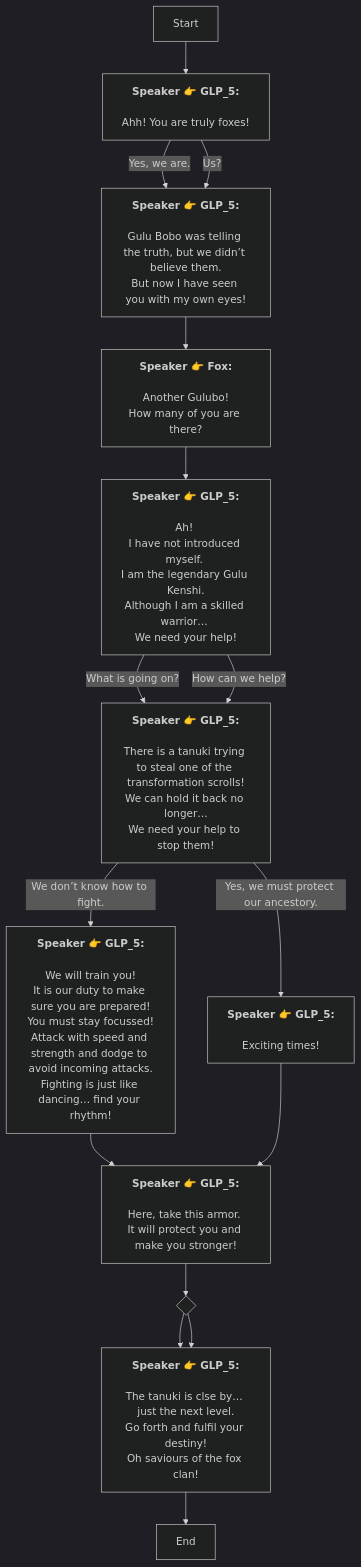
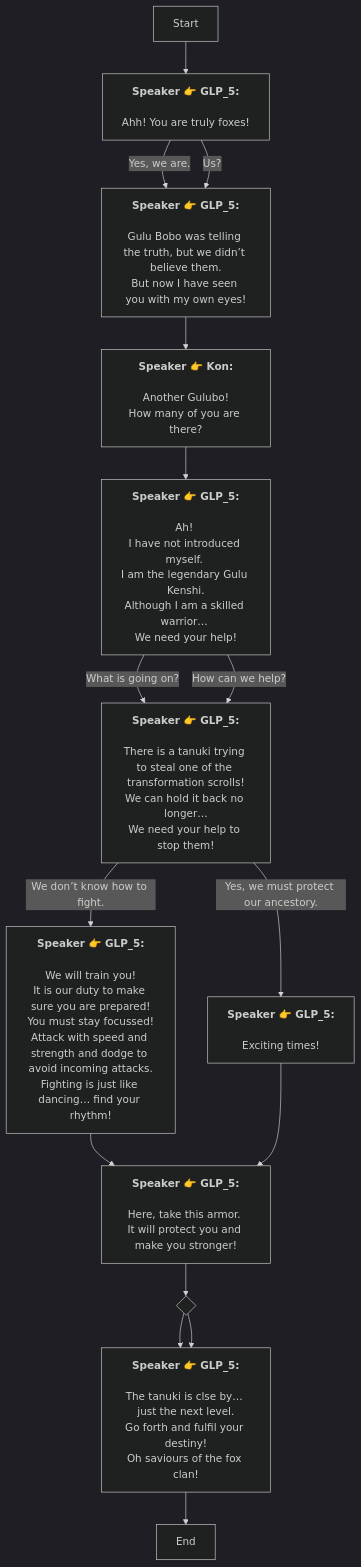
One commit to SoftHu/tos_avg changed the diagram in En/QuestStartTalkENode_1777653887115903.md. Above: the diagram before and after it, drawn with Mermaid (dark theme). The commit also changed 730 other files, not shown here.

````diff
--- a/En/QuestStartTalkENode_1777653887115903.md
+++ b/En/QuestStartTalkENode_1777653887115903.md
@@ -1,49 +1,49 @@
 ```mermaid
 graph
 Start -->1777654113924738[<b>Speaker 👉 GLP_5:</b>
 \nAhh! You are truly foxes!]
 1777654113924738 -->|Yes, we are.|1777654154437256[<b>Speaker 👉 GLP_5:</b>
 \nGulu Bobo was telling the truth, but we didn’t believe them.
 But now I have seen you with my own eyes!]
 1777654113924738 -->|Us?|1777654154437256[<b>Speaker 👉 GLP_5:</b>
 \nGulu Bobo was telling the truth, but we didn’t believe them.
 But now I have seen you with my own eyes!]
-1777654154437256 -->1777998303974052[<b>Speaker 👉 Fox:</b>
+1777654154437256 -->1777998303974052[<b>Speaker 👉 Kon:</b>
 \nAnother Gulubo!
 How many of you are there?]
 1777998303974052 -->1777998323519141[<b>Speaker 👉 GLP_5:</b>
 \nAh! 
 I have not introduced myself. 
 I am the legendary Gulu Kenshi.\nAlthough I am a skilled warrior… 
 We need your help!]
 1777998323519141 -->|What is going on?|1777654614934161[<b>Speaker 👉 GLP_5:</b>
 \nThere is a tanuki trying to steal one of the transformation scrolls!
 We can hold it back no longer…\nWe need your help to stop them!]
 1777998323519141 -->|How can we help?|1777654614934161[<b>Speaker 👉 GLP_5:</b>
 \nThere is a tanuki trying to steal one of the transformation scrolls!
 We can hold it back no longer…\nWe need your help to stop them!]
 1777654614934161 -->|We don’t know how to fight.|1777654885191324[<b>Speaker 👉 GLP_5:</b>
 \nWe will train you!
 It is our duty to make sure you are prepared!\nYou must stay focussed!
 Attack with speed and strength and dodge to avoid incoming attacks.
 Fighting is just like dancing… find your rhythm!]
 1777654614934161 -->|Yes, we must protect our ancestory.|1777654895919776[<b>Speaker 👉 GLP_5:</b>
 \nExciting times!]
 1777654885191324 -->1777655006407332[<b>Speaker 👉 GLP_5:</b>
 \nHere, take this armor. 
 It will protect you and make you stronger!]
 1777655006407332 -->1777655126439596{ }
 1777655126439596 -->1777655113202344[<b>Speaker 👉 GLP_5:</b>
 \nThe tanuki is clse by… just the next level.
 Go forth and fulfil your destiny!
 Oh saviours of the fox clan!]
 1777655126439596 -->1777655113202344[<b>Speaker 👉 GLP_5:</b>
 \nThe tanuki is clse by… just the next level.
 Go forth and fulfil your destiny!
 Oh saviours of the fox clan!]
 1777655113202344 -->1777655088726695[End]
 1777654895919776 -->1777655006407332[<b>Speaker 👉 GLP_5:</b>
 \nHere, take this armor. 
 It will protect you and make you stronger!]
 
 ```
````
